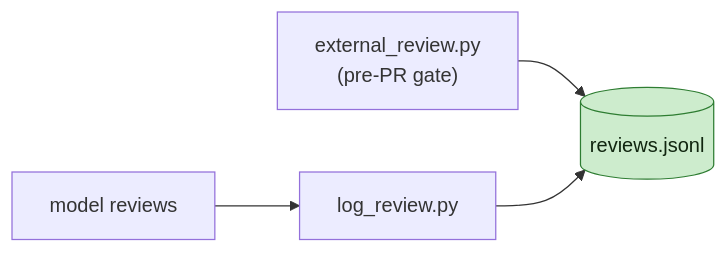
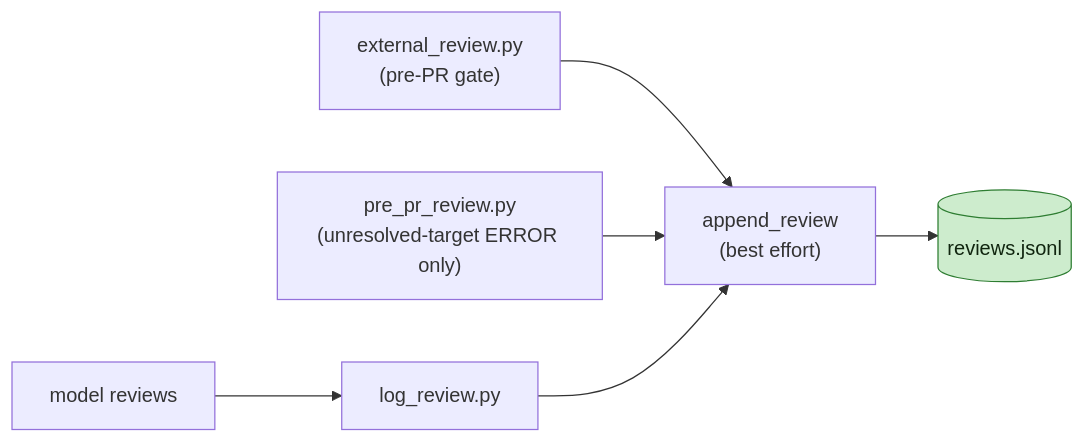
One commit to midris/disciplined-development-skills changed the seventh of 7 diagrams in ARCHITECTURE.md. Above: the diagram before and after it, drawn with Mermaid. The commit also changed other lines of this file and 69 other files, not shown here.

````diff
--- a/ARCHITECTURE.md
+++ b/ARCHITECTURE.md
@@ -246,8 +306,10 @@
 ```mermaid
 flowchart LR
     A["model reviews"] --> T["log_review.py"]
-    G["external_review.py<br/>(pre-PR gate)"] --> R[("reviews.jsonl")]
-    T --> R
+    G["external_review.py<br/>(pre-PR gate)"] --> P["append_review<br/>(best effort)"]
+    H["pre_pr_review.py<br/>(unresolved-target ERROR only)"] --> P
+    T --> P
+    P --> R[("reviews.jsonl")]
     classDef sink fill:#cdeccd,stroke:#2e7d32,color:#10250f;
     class R sink
 ```
````
